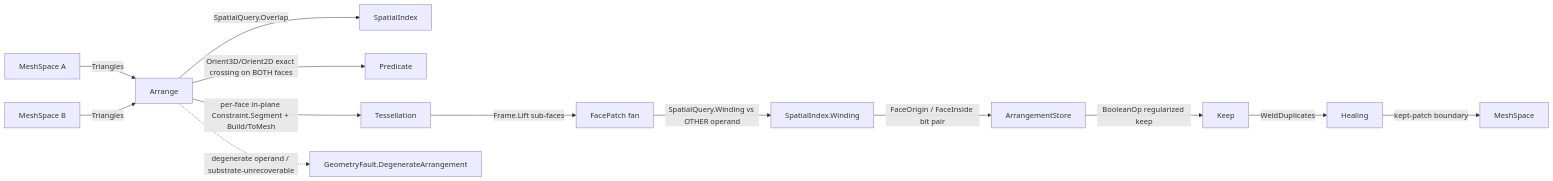
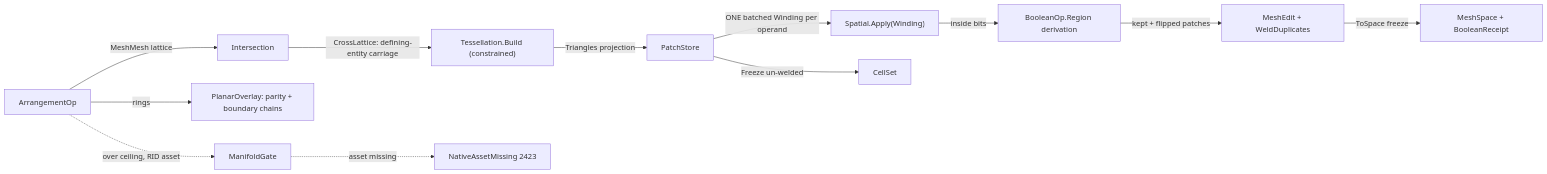
One commit to bsamiee/Rasm changed the diagram in libs/csharp/Rasm/.planning/Meshing/arrangement.md. Above: the diagram before and after it, drawn with Mermaid. The commit also changed other lines of this file and 22 other files, not shown here.

````diff
--- a/libs/csharp/Rasm/.planning/Meshing/arrangement.md
+++ b/libs/csharp/Rasm/.planning/Meshing/arrangement.md
@@ -449,15 +415,14 @@
 ```mermaid
 flowchart LR
-    OperandA["MeshSpace A"] -->|Triangles| Arrange
-    OperandB["MeshSpace B"] -->|Triangles| Arrange
-    Arrange -->|SpatialQuery.Overlap| SpatialIndex
-    Arrange -->|Orient3D/Orient2D exact crossing on BOTH faces| Predicate
-    Arrange -->|per-face in-plane Constraint.Segment + Build/ToMesh| Tessellation
-    Tessellation -->|Frame.Lift sub-faces| Patches["FacePatch fan"]
-    Patches -->|SpatialQuery.Winding vs OTHER operand| GWN["SpatialIndex.Winding"]
-    GWN -->|FaceOrigin / FaceInside bit pair| ArrangementStore
-    ArrangementStore -->|BooleanOp regularized keep| Keep
-    Keep -->|WeldDuplicates| Healing
-    Healing -->|kept-patch boundary| MeshSpaceOut["MeshSpace"]
-    Arrange -.->|degenerate operand / substrate-unrecoverable| GeometryFault["GeometryFault.DegenerateArrangement"]
+    ArrangementOp -->|MeshMesh lattice| Intersection
+    Intersection -->|CrossLattice: defining-entity carriage| Substrate["Tessellation.Build (constrained)"]
+    Substrate -->|Triangles projection| PatchStore
+    PatchStore -->|ONE batched Winding per operand| GWN["Spatial.Apply(Winding)"]
+    GWN -->|inside bits| Keep["BooleanOp.Region derivation"]
+    Keep -->|kept + flipped patches| Weld["MeshEdit + WeldDuplicates"]
+    Weld -->|ToSpace freeze| MeshSpaceOut["MeshSpace + BooleanReceipt"]
+    PatchStore -->|Freeze un-welded| CellSet
+    ArrangementOp -->|rings| Overlay["PlanarOverlay: parity + boundary chains"]
+    ArrangementOp -.->|over ceiling, RID asset| ManifoldGate
+    ManifoldGate -.->|asset missing| Fault2423["NativeAssetMissing 2423"]
 ```
````
